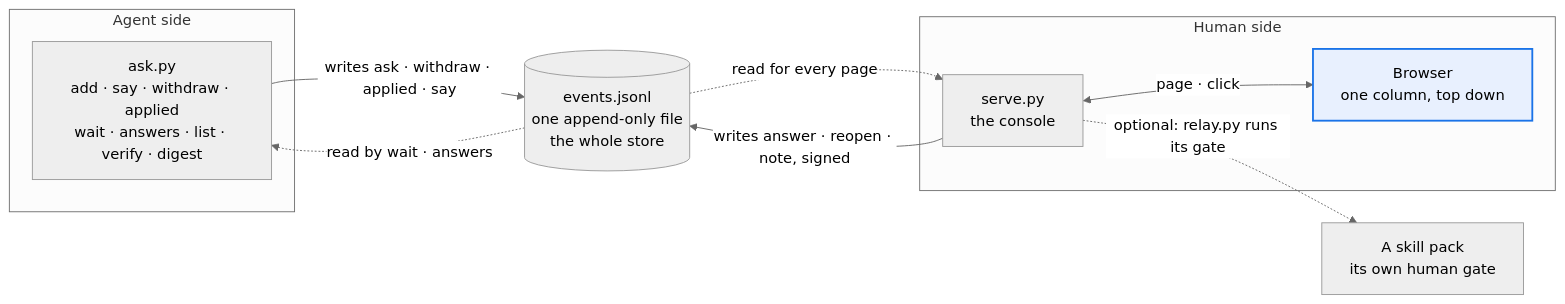
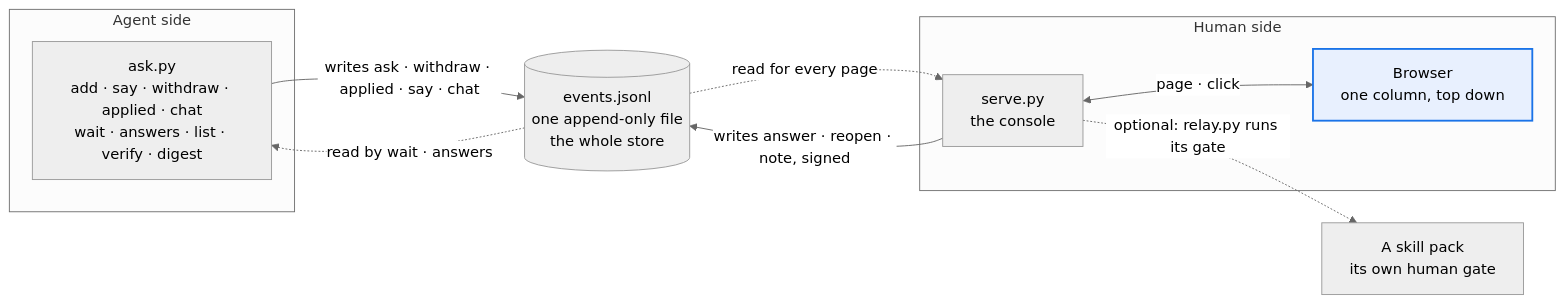
The first of 4 diagrams in console/README.md (thaddeus-builds/skill-pack-playbook), drawn with Mermaid (neutral theme) before and after one commit. The commit also changed other lines of this file and 22 other files, not shown here.

First line of the commit message:
Hub inbox: pending --hub, 7-word relay verbs, ask expiry, chat answers (kit 0.34.0)

````diff
--- a/console/README.md
+++ b/console/README.md
@@ -5,19 +5,19 @@
 ```mermaid
 flowchart LR
     subgraph AGENT["Agent side"]
-      AG["ask.py<br/>add · say · withdraw · applied<br/>wait · answers · list · verify · digest"]
+      AG["ask.py<br/>add · say · withdraw · applied · chat<br/>wait · answers · list · verify · digest"]
     end
     LOG[("events.jsonl<br/>one append-only file<br/>the whole store")]
     subgraph HUMAN["Human side"]
       CON["serve.py<br/>the console"]
       BR["Browser<br/>one column, top down"]:::owner
       CON <-->|"page · click"| BR
     end
     GATE["A skill pack<br/>its own human gate"]
-    AG -->|"writes ask · withdraw · applied · say"| LOG
+    AG -->|"writes ask · withdraw · applied · say · chat"| LOG
     LOG -. "read by wait · answers" .-> AG
     CON -->|"writes answer · reopen · note, signed"| LOG
     LOG -. "read for every page" .-> CON
     CON -. "optional: relay.py runs its gate" .-> GATE
     classDef owner fill:#e8f0fe,stroke:#1a73e8,stroke-width:2px
 ```
````
